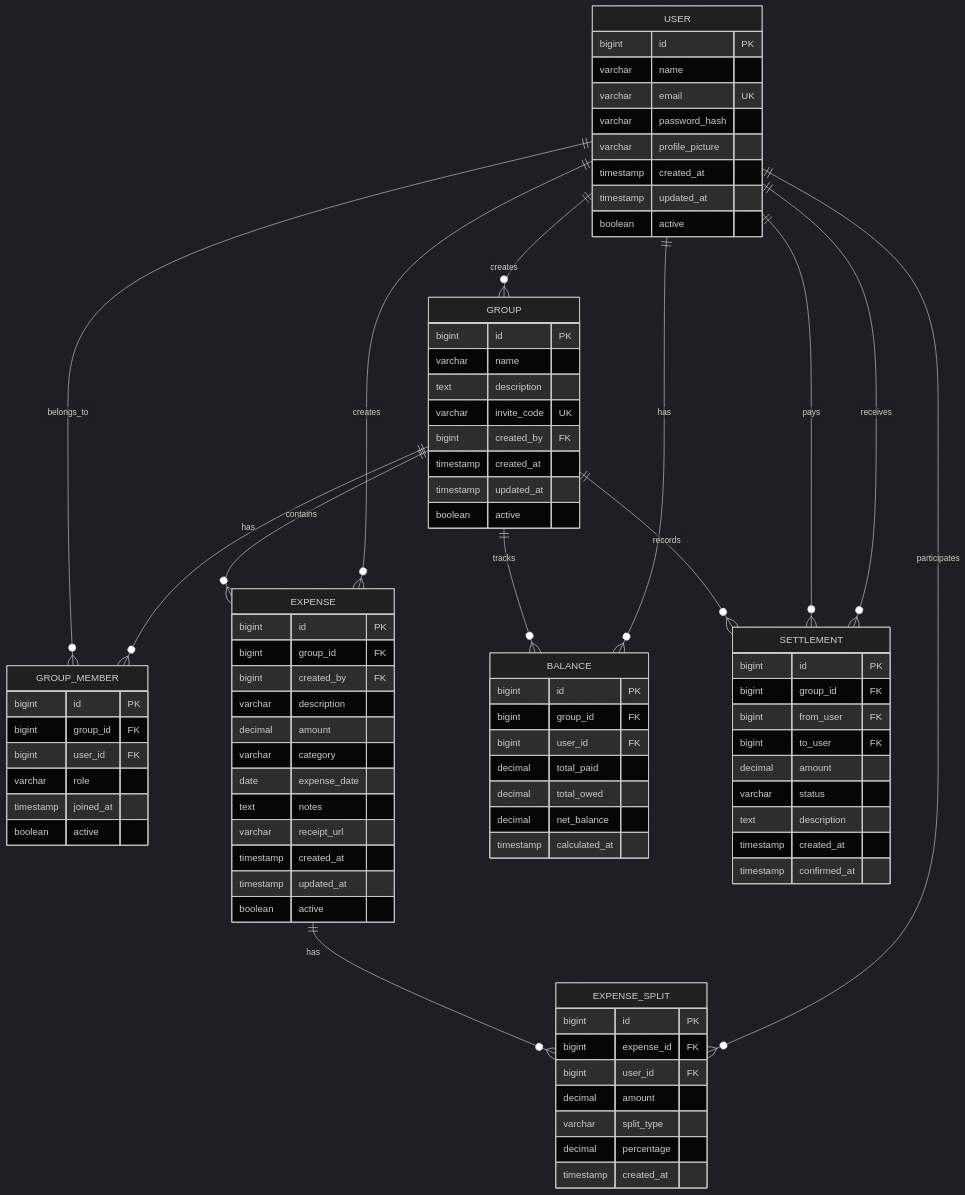
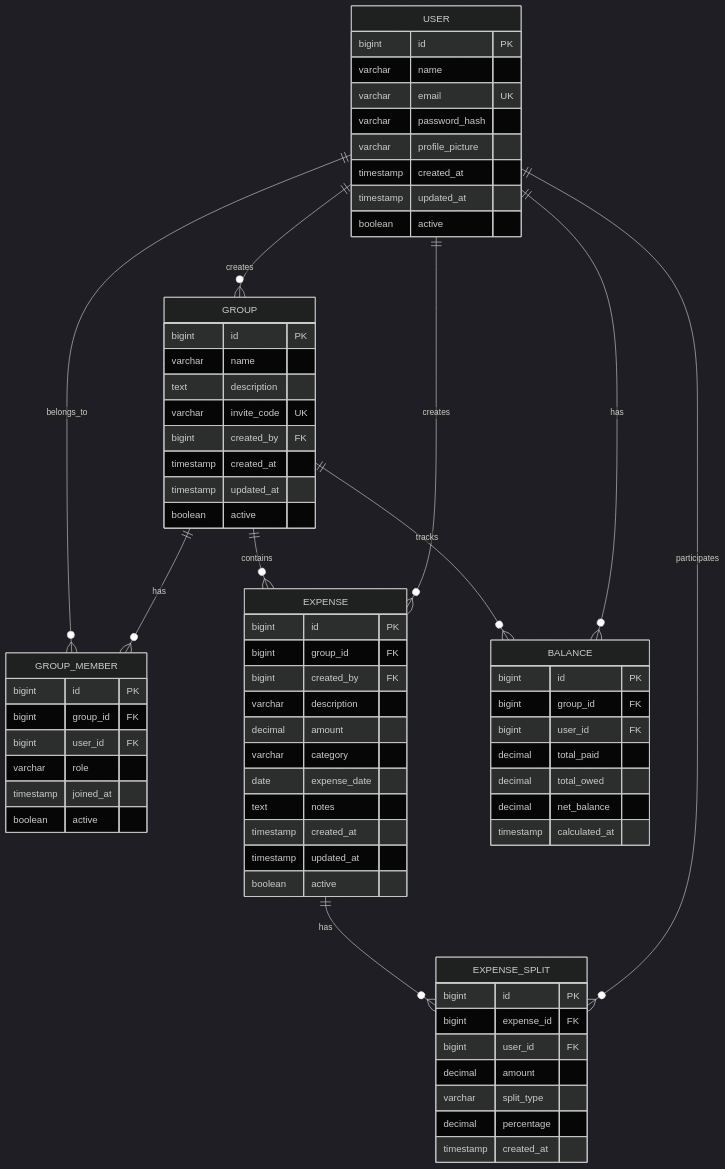
One commit to Finboostplus/finboostplus-app changed the third of 8 diagrams in docs/project/diagrams.md. Above: the diagram before and after it, drawn with Mermaid (dark theme). The commit also changed other lines of this file and 10 other files, not shown here.

````diff
--- a/docs/project/diagrams.md
+++ b/docs/project/diagrams.md
@@ -154,7 +172,6 @@
         varchar category
         date expense_date
         text notes
-        varchar receipt_url
         timestamp created_at
         timestamp updated_at
         boolean active
@@ -180,18 +197,6 @@
         timestamp calculated_at
     }
     
-    SETTLEMENT {
-        bigint id PK
-        bigint group_id FK
-        bigint from_user FK
-        bigint to_user FK
-        decimal amount
-        varchar status
-        text description
-        timestamp created_at
-        timestamp confirmed_at
-    }
-    
     USER ||--o{ GROUP : creates
     USER ||--o{ GROUP_MEMBER : belongs_to
     GROUP ||--o{ GROUP_MEMBER : has
@@ -201,7 +206,4 @@
     USER ||--o{ EXPENSE_SPLIT : participates
     GROUP ||--o{ BALANCE : tracks
     USER ||--o{ BALANCE : has
-    GROUP ||--o{ SETTLEMENT : records
-    USER ||--o{ SETTLEMENT : pays
-    USER ||--o{ SETTLEMENT : receives
 ```
````
